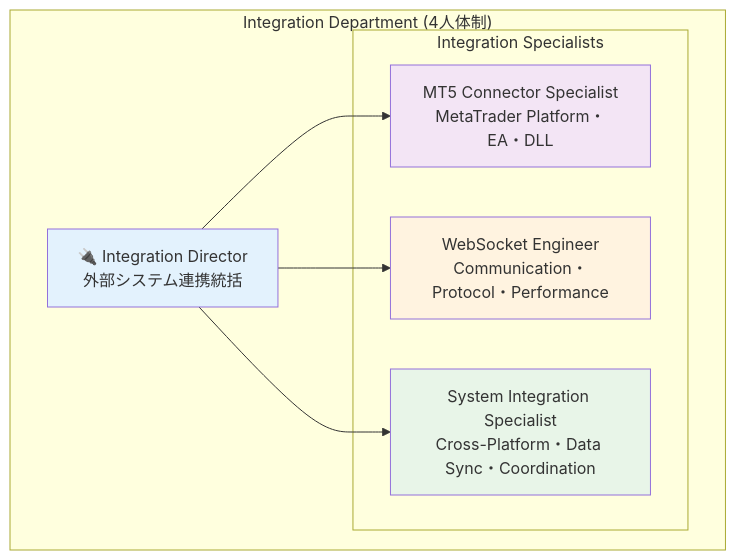
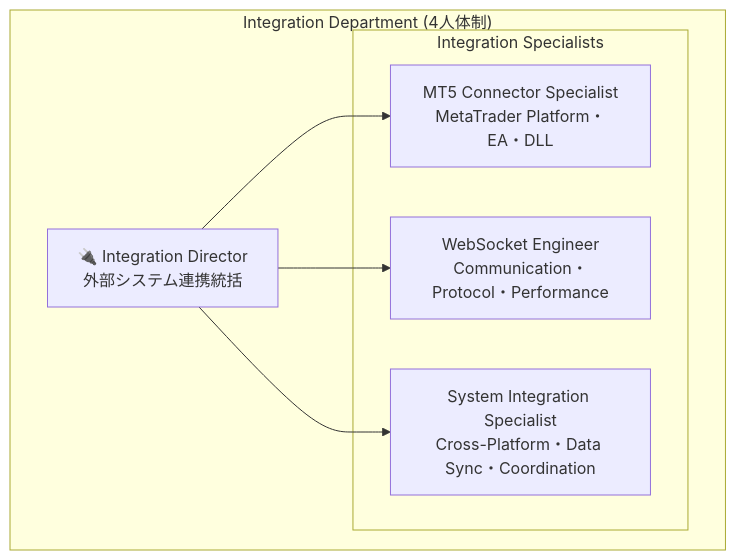
Before and after one commit to rnrnstar2/ArbitrageAssistant: the first of 2 diagrams in docs/integration-department-architecture.md, drawn with Mermaid. The commit also changed other lines of this file and 33 other files, not shown here.

````diff
--- a/docs/integration-department-architecture.md
+++ b/docs/integration-department-architecture.md
@@ -7,21 +7,16 @@
 ```mermaid
 graph TB
     subgraph "Integration Department (4人体制)"
         Director[🔌 Integration Director<br/>外部システム連携統括]
         
         subgraph "Integration Specialists"
             MT5Spec[MT5 Connector Specialist<br/>MetaTrader Platform・EA・DLL]
             WebSocketSpec[WebSocket Engineer<br/>Communication・Protocol・Performance]
             SystemSpec[System Integration Specialist<br/>Cross-Platform・Data Sync・Coordination]
         end
     end
     
     Director --> MT5Spec
     Director --> WebSocketSpec
     Director --> SystemSpec
-    
-    style Director fill:#e3f2fd
-    style MT5Spec fill:#f3e5f5
-    style WebSocketSpec fill:#fff3e0
-    style SystemSpec fill:#e8f5e8
 ```
````
